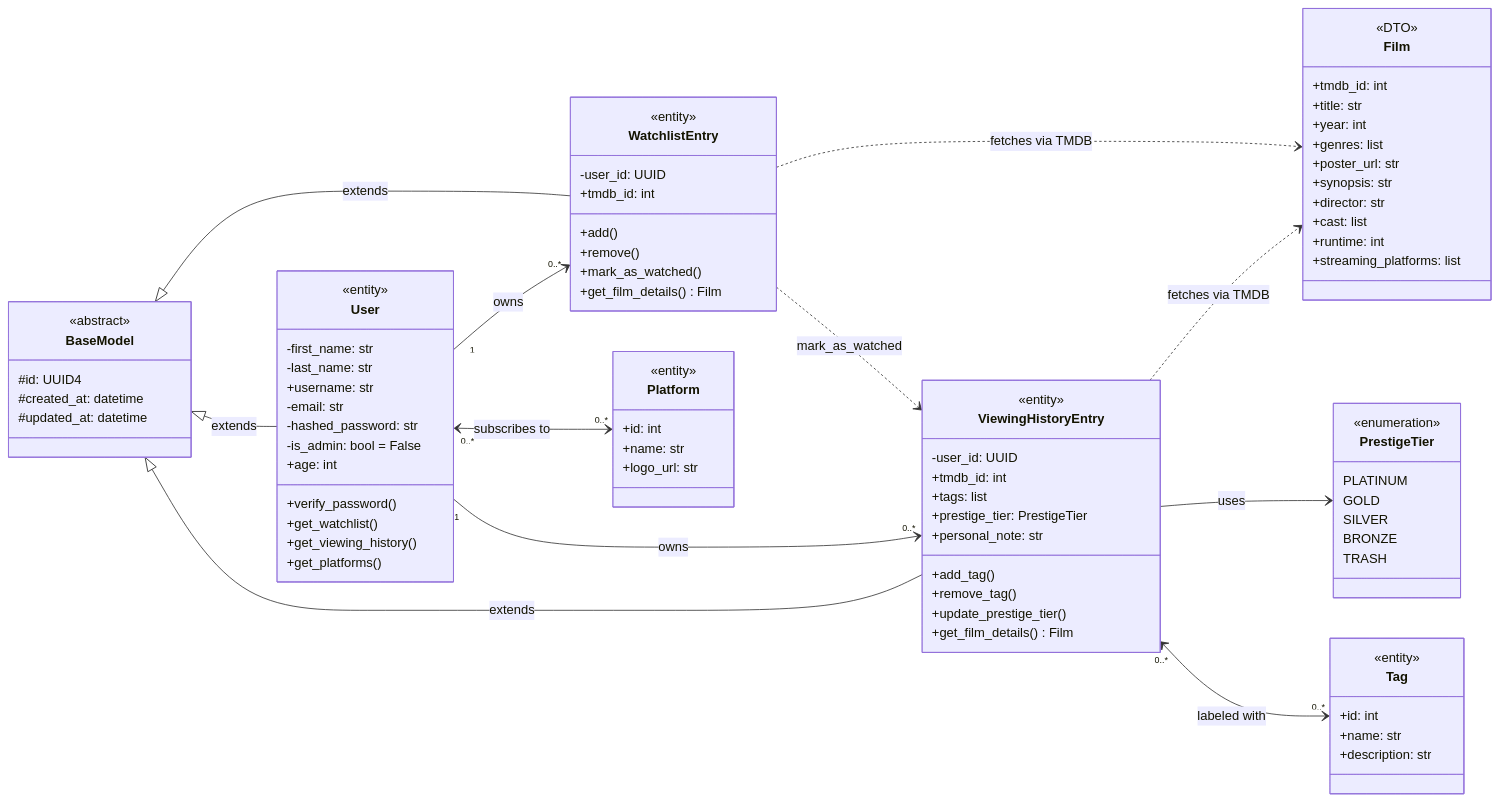
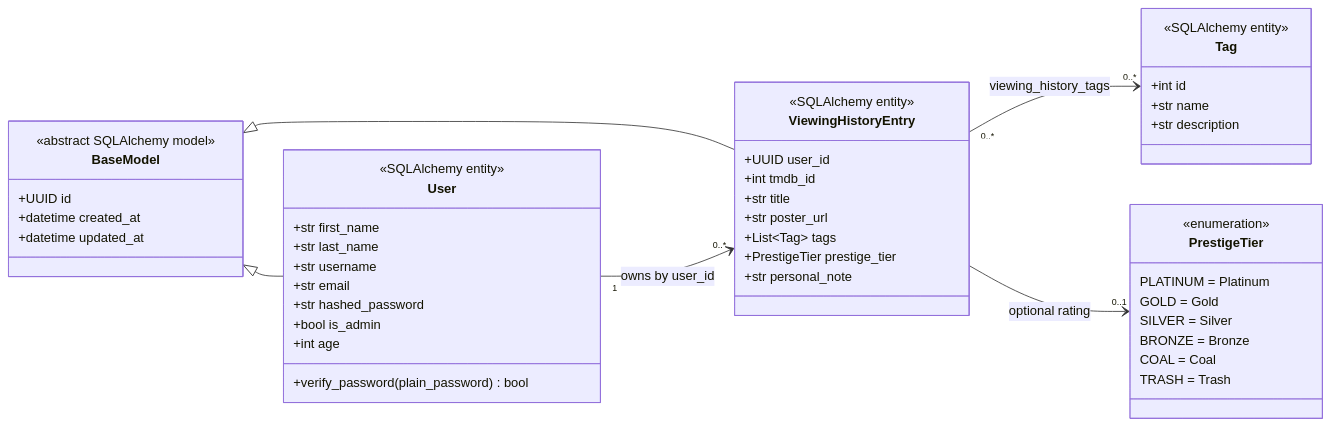
Before and after one commit to zahin-dev/Film-like: the diagram in docs/diagrams/ClassDiagram.md, drawn with Mermaid. The commit also changed other lines of this file and 10 other files, not shown here.

````diff
--- a/docs/diagrams/ClassDiagram.md
+++ b/docs/diagrams/ClassDiagram.md
@@ -258,99 +9,55 @@
 direction LR
 
 class BaseModel {
-    <<abstract>>
-    #id: UUID4
-    #created_at: datetime
-    #updated_at: datetime
+    <<abstract SQLAlchemy model>>
+    +UUID id
+    +datetime created_at
+    +datetime updated_at
 }
 
 class User {
-    <<entity>>
-    -first_name: str
-    -last_name: str
-    +username: str
-    -email: str
-    -hashed_password: str
-    -is_admin: bool = False
-    +age: int
-    +verify_password()
-    +get_watchlist()
-    +get_viewing_history()
-    +get_platforms()
-}
-
-class WatchlistEntry {
-    <<entity>>
-    -user_id: UUID
-    +tmdb_id: int
-    +add()
-    +remove()
-    +mark_as_watched()
-    +get_film_details() Film
-}
-
-class Film {
-    <<DTO>>
-    +tmdb_id: int
-    +title: str
-    +year: int
-    +genres: list
-    +poster_url: str
-    +synopsis: str
-    +director: str
-    +cast: list
-    +runtime: int
-    +streaming_platforms: list
+    <<SQLAlchemy entity>>
+    +str first_name
+    +str last_name
+    +str username
+    +str email
+    +str hashed_password
+    +bool is_admin
+    +int age
+    +verify_password(plain_password) bool
 }
 
 class ViewingHistoryEntry {
-    <<entity>>
-    -user_id: UUID
-    +tmdb_id: int
-    +tags: list
-    +prestige_tier: PrestigeTier
-    +personal_note: str
-    +add_tag()
-    +remove_tag()
-    +update_prestige_tier()
-    +get_film_details() Film
+    <<SQLAlchemy entity>>
+    +UUID user_id
+    +int tmdb_id
+    +str title
+    +str poster_url
+    +List~Tag~ tags
+    +PrestigeTier prestige_tier
+    +str personal_note
 }
 
 class Tag {
-    <<entity>>
-    +id: int
-    +name: str
-    +description: str
-}
-
-class Platform {
-    <<entity>>
-    +id: int
-    +name: str
-    +logo_url: str
+    <<SQLAlchemy entity>>
+    +int id
+    +str name
+    +str description
 }
 
 class PrestigeTier {
     <<enumeration>>
-    PLATINUM
-    GOLD
-    SILVER
-    BRONZE
-    TRASH
+    PLATINUM = Platinum
+    GOLD = Gold
+    SILVER = Silver
+    BRONZE = Bronze
+    COAL = Coal
+    TRASH = Trash
 }
 
-BaseModel <|-- User : extends
-User "1" --> "0..*" WatchlistEntry : owns
-
-BaseModel <|-- ViewingHistoryEntry : extends
-User "1" --> "0..*" ViewingHistoryEntry : owns
-ViewingHistoryEntry --> PrestigeTier : uses
-ViewingHistoryEntry ..> Film : fetches via TMDB
-
-BaseModel <|-- WatchlistEntry : extends
-WatchlistEntry ..> Film : fetches via TMDB
-WatchlistEntry ..> ViewingHistoryEntry : mark_as_watched
-
-User "0..*" <--> "0..*" Platform : subscribes to
-ViewingHistoryEntry "0..*" <--> "0..*" Tag : labeled with
+BaseModel <|-- User
+BaseModel <|-- ViewingHistoryEntry
+User "1" --> "0..*" ViewingHistoryEntry : owns by user_id
+ViewingHistoryEntry "0..*" --> "0..*" Tag : viewing_history_tags
+ViewingHistoryEntry --> "0..1" PrestigeTier : optional rating
 ```
````
